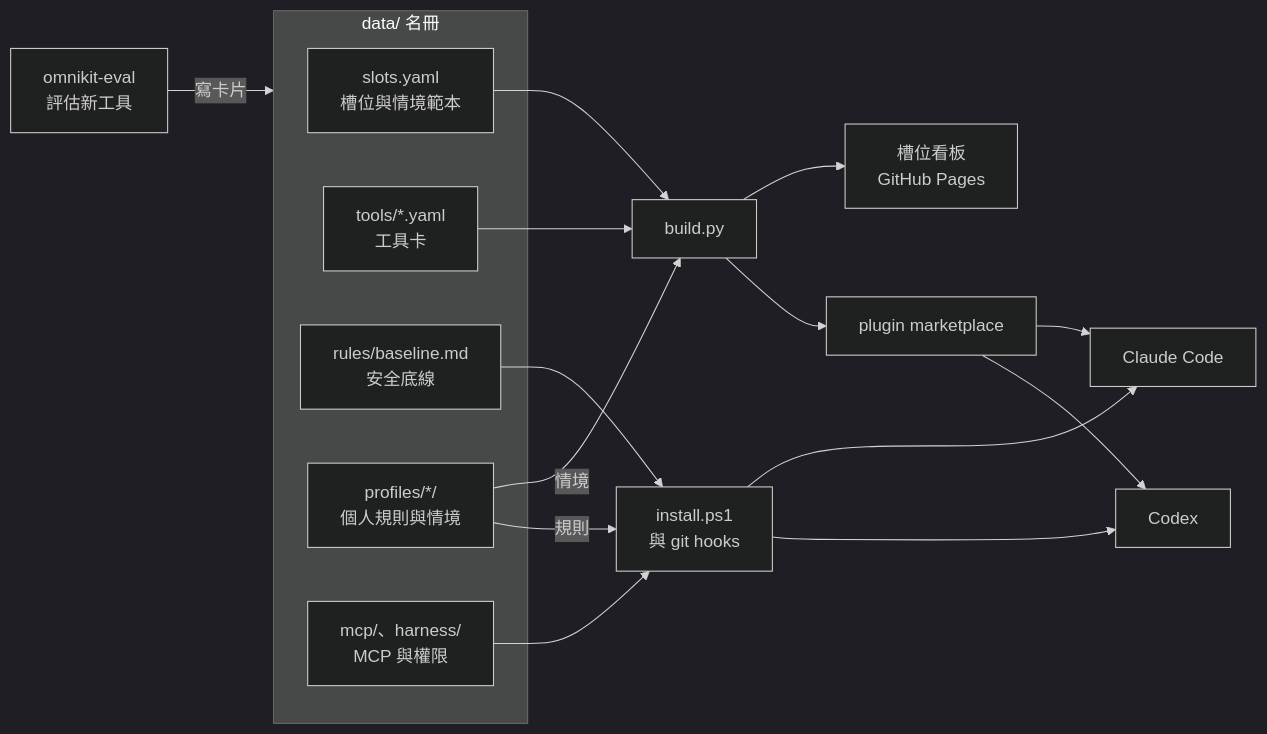
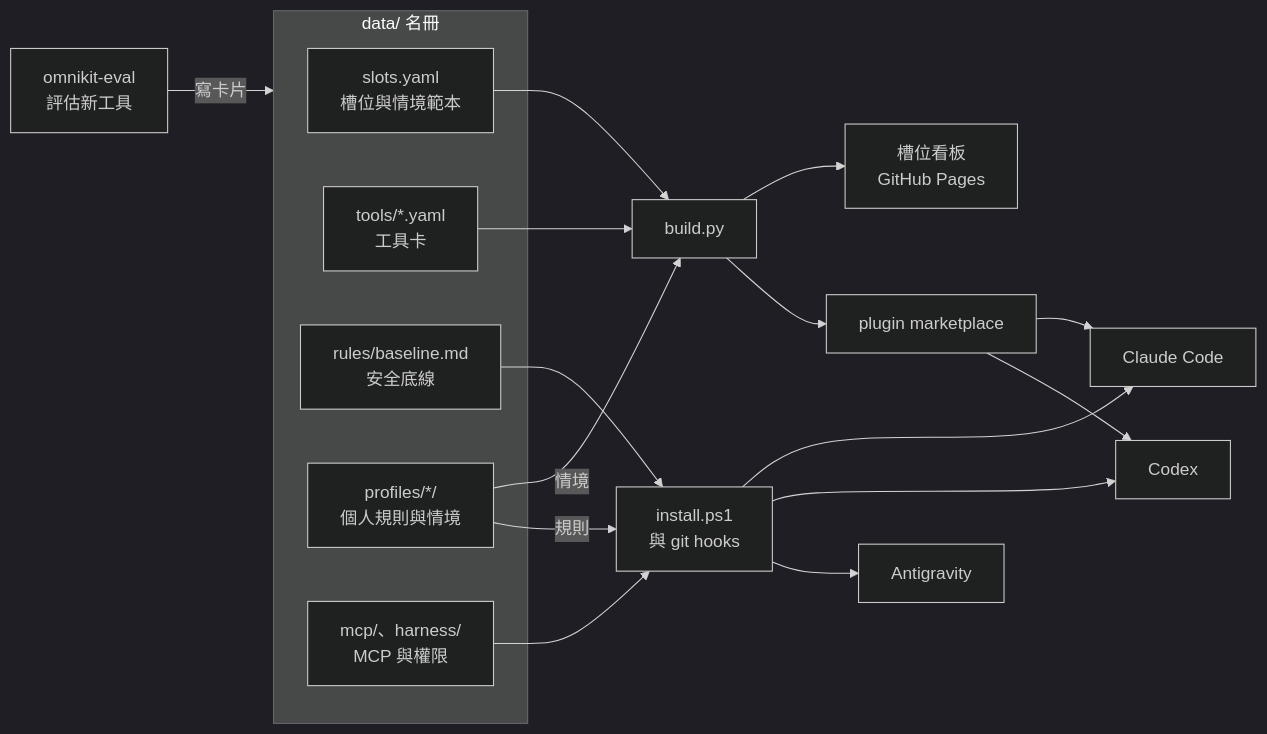
One commit to b40609/OmniKit changed the diagram in README.md. Above: the diagram before and after it, drawn with Mermaid (dark theme). The commit also changed other lines of this file and 15 other files, not shown here.

````diff
--- a/README.md
+++ b/README.md
@@ -161,23 +163,24 @@
 ```mermaid
 flowchart LR
   E["omnikit-eval<br/>評估新工具"] -->|寫卡片| D
   subgraph D["data/ 名冊"]
     S["slots.yaml<br/>槽位與情境範本"]
     T["tools/*.yaml<br/>工具卡"]
     R["rules/baseline.md<br/>安全底線"]
     F["profiles/*/<br/>個人規則與情境"]
     M["mcp/、harness/<br/>MCP 與權限"]
   end
   S --> B["build.py"]
   T --> B
   F -->|情境| B
   B --> P["槽位看板<br/>GitHub Pages"]
   B --> K["plugin marketplace"]
   R --> I["install.ps1<br/>與 git hooks"]
   F -->|規則| I
   M --> I
   I --> C["Claude Code"]
   I --> X["Codex"]
+  I --> G["Antigravity"]
   K --> C
   K --> X
 ```
````
